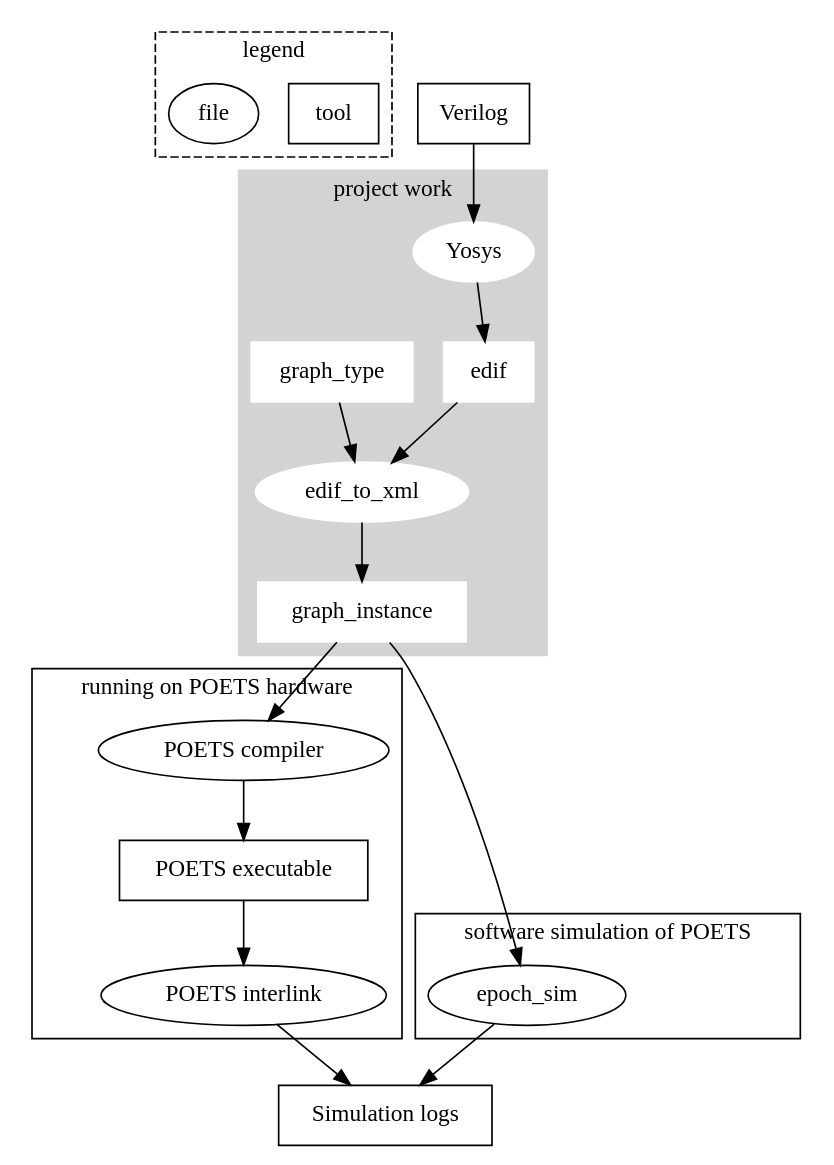
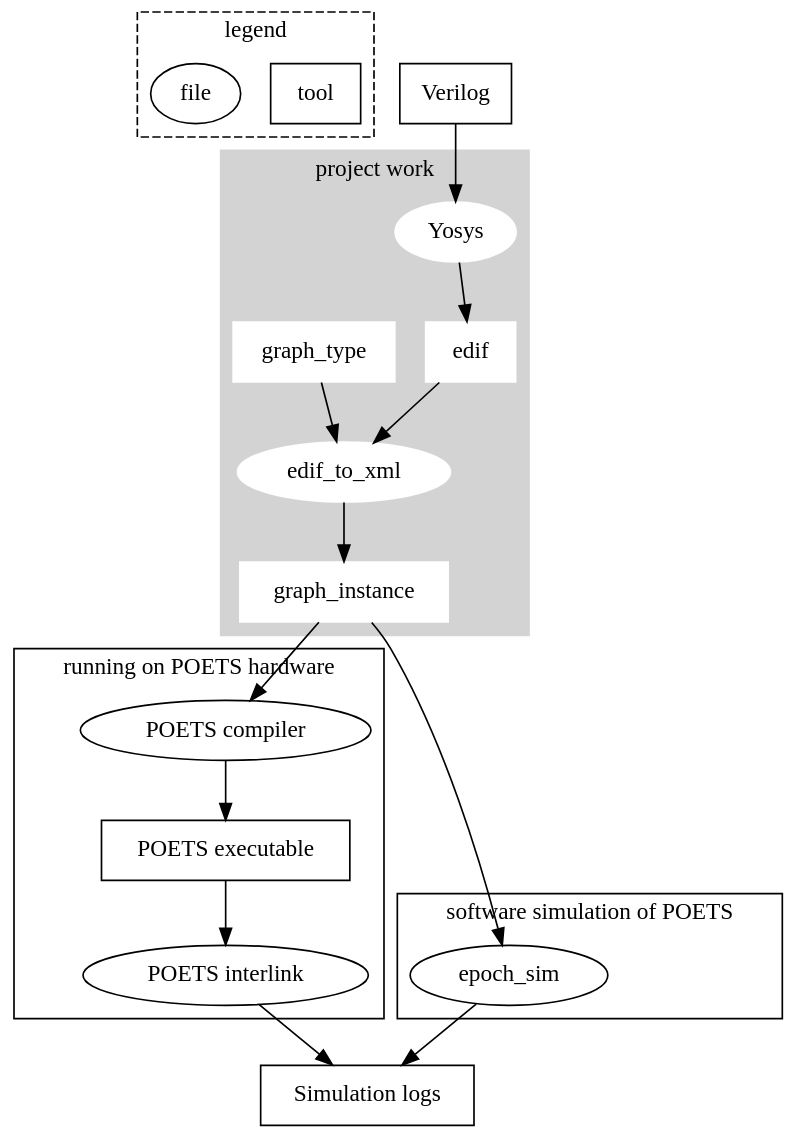
Before and after one commit to ThunderMikey/poets_digital_circuit_simulator: the diagram in docs/graphs/pdcs_flow.gv, drawn with Graphviz.

Commit message:
make bg transparent

```diff
--- a/docs/graphs/pdcs_flow.gv
+++ b/docs/graphs/pdcs_flow.gv
@@ -1,55 +1,56 @@
 digraph toolchain {
+  bgcolor=transparent;
   // legends
   subgraph cluster_legends {
     label="legend";
     style=dashed;
     tool [shape=box];
     file [shape=ellipse];
   }
 //  rankdir=LR;
 // box is product
   node [shape=ellipse];
 // circle is tool
   Verilog [shape=box];
 
   subgraph cluster_project_work {
     style=filled
     color=lightgrey;
     node [style=filled, color=white];
     Yosys -> edif;
     edif [shape=box];
     graph_type [shape=box];
     graph_instance [shape=box];
     edif -> edif_to_xml;
     graph_type -> edif_to_xml;
     edif_to_xml -> graph_instance;
     label="project work";
   }
 
   subgraph cluster_epochsim {
     color=black;
     epoch_sim;
     label="software simulation of POETS";
   }
 
   subgraph cluster_hardwaresim {
     color=black;
     pts_xmlc [label="POETS compiler"];
     pts_xmlc -> pts_exe;
     pts_exe [label="POETS executable", shape=box];
     pts_exe -> pts_serve;
     pts_serve [label="POETS interlink"];
     label="running on POETS hardware";
   }
 
   Verilog -> Yosys;
   // two paths
   graph_instance -> epoch_sim;
   epoch_sim -> sim_logs;
   sim_logs [label="Simulation logs", shape=box];
 
   graph_instance -> pts_xmlc;
   pts_serve -> sim_logs;
 }
 
 // vim: ft=dot:
```
